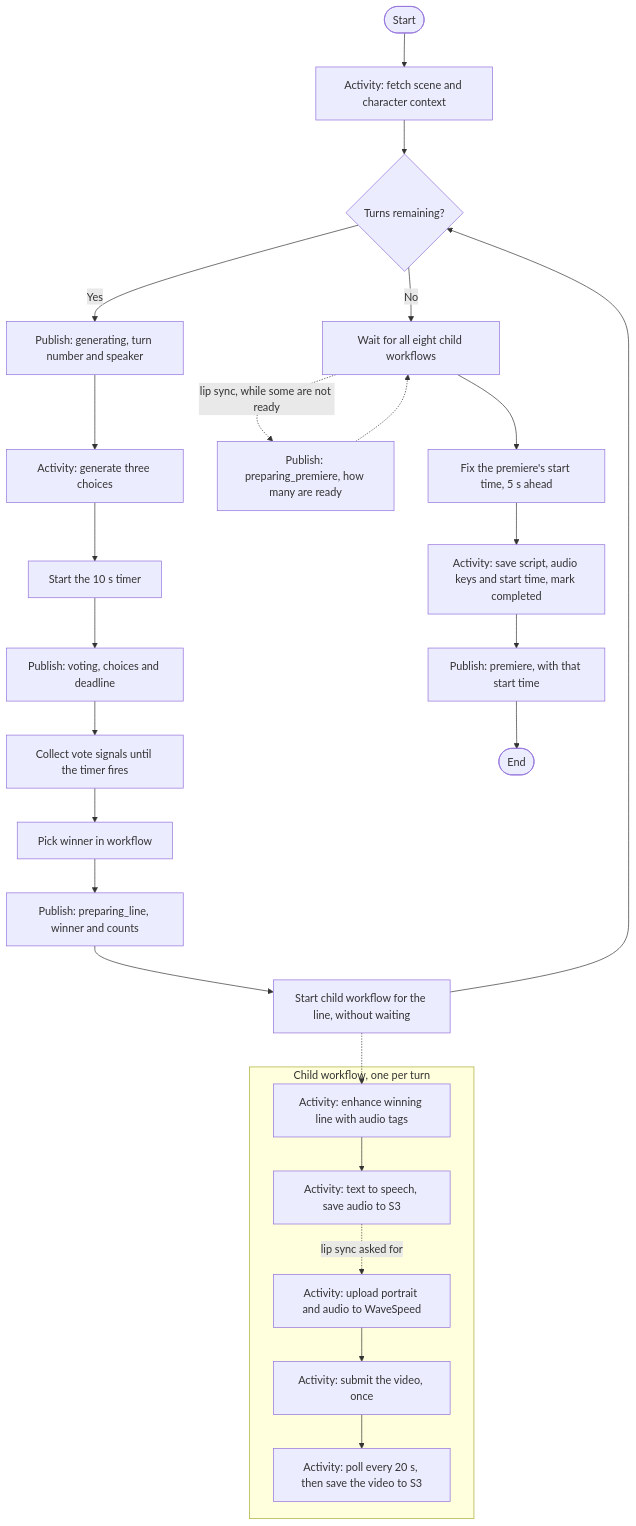
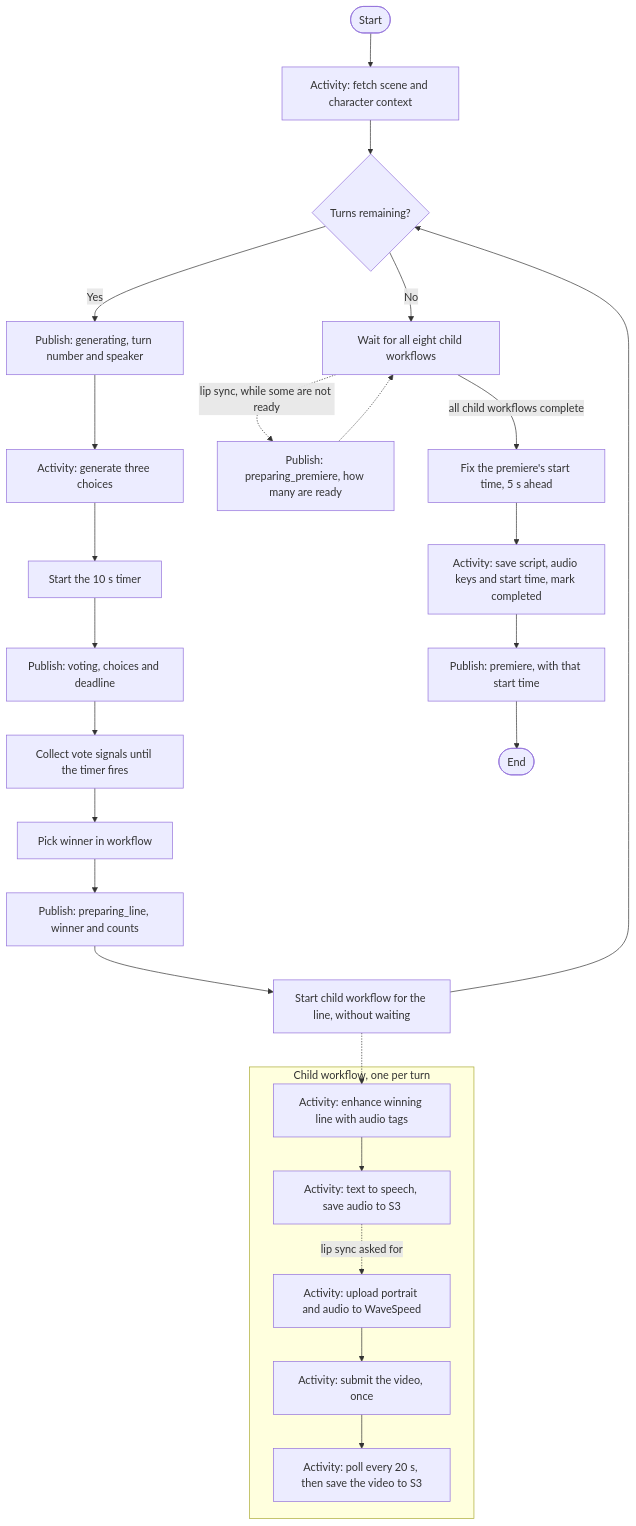
The second of 3 diagrams in docs/system-design.md (conghan-tay/MonsterTheatre_01), drawn with Mermaid before and after one commit.

Commit message:
Label the fan-in arrow in the workflow flowchart

````diff
--- a/docs/system-design.md
+++ b/docs/system-design.md
@@ -130,28 +130,28 @@
 ```mermaid
 flowchart TD
     Start([Start]) --> Fetch[Activity: fetch scene and character context]
     Fetch --> Loop{"Turns remaining?"}
     Loop -->|Yes| Turn[Publish: generating, turn number and speaker]
     Turn --> Gen[Activity: generate three choices]
     Gen --> Timer[Start the 10 s timer]
     Timer --> Open[Publish: voting, choices and deadline]
     Open --> Wait[Collect vote signals until the timer fires]
     Wait --> Pick[Pick winner in workflow]
     Pick --> Won[Publish: preparing_line, winner and counts]
     Won --> Child[Start child workflow for the line, without waiting]
     Child --> Loop
     Child -.-> Tag
     subgraph Line["Child workflow, one per turn"]
         Tag[Activity: enhance winning line with audio tags] --> Speak[Activity: text to speech, save audio to S3]
         Speak -.->|lip sync asked for| Up[Activity: upload portrait and audio to WaveSpeed]
         Up --> Sub[Activity: submit the video, once]
         Sub --> Poll[Activity: poll every 20 s, then save the video to S3]
     end
     Loop -->|No| FanIn[Wait for all eight child workflows]
     FanIn -.->|lip sync, while some are not ready| Progress[Publish: preparing_premiere, how many are ready]
     Progress -.-> FanIn
-    FanIn --> Fix[Fix the premiere's start time, 5 s ahead]
+    FanIn -->|all child workflows complete| Fix[Fix the premiere's start time, 5 s ahead]
     Fix --> Save[Activity: save script, audio keys and start time, mark completed]
     Save --> Prem[Publish: premiere, with that start time]
     Prem --> End([End])
 ```
````
